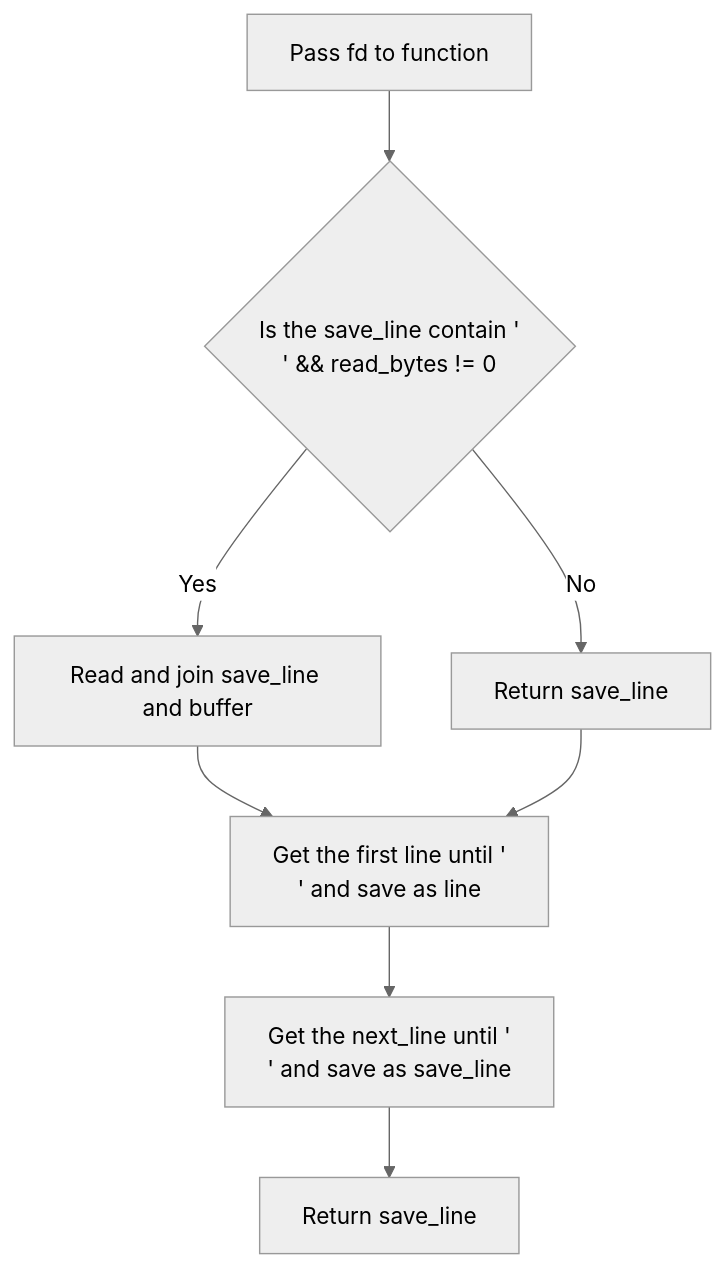
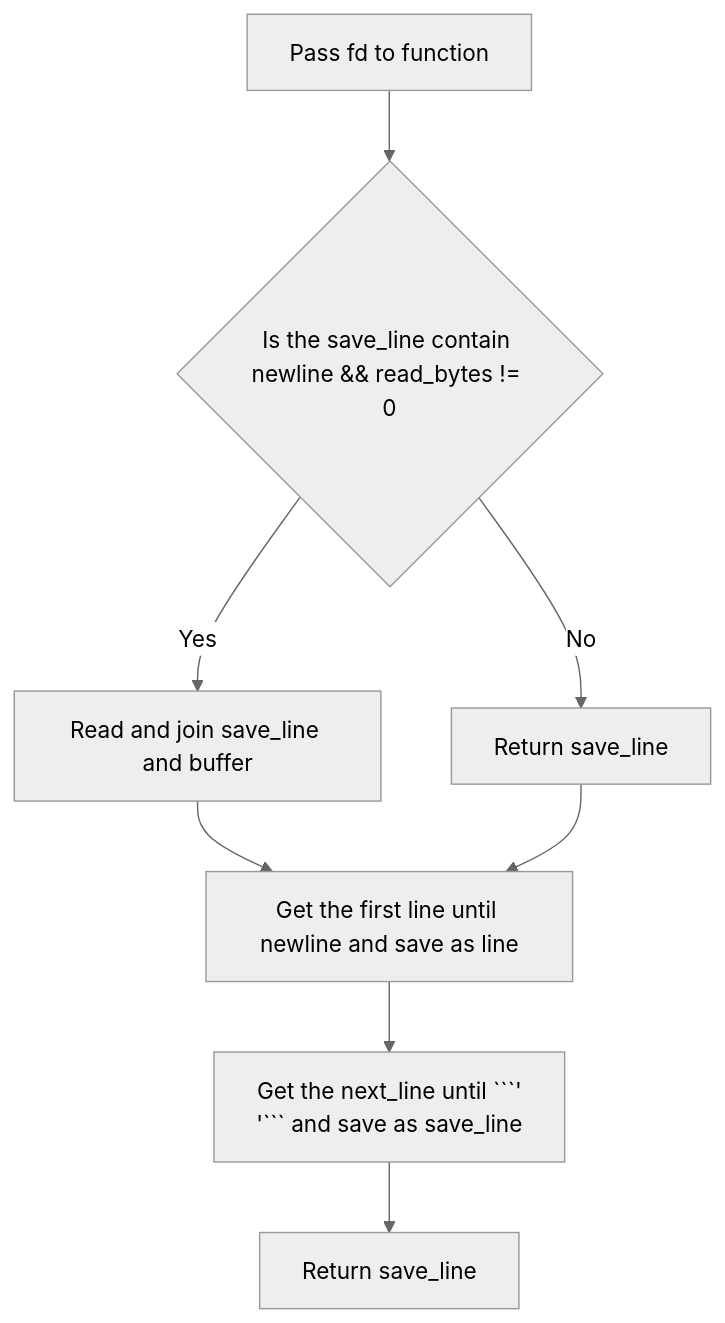
One commit to shawnteh1711/get_next-line changed the diagram in README.md. Above: the diagram before and after it, drawn with Mermaid (neutral theme).

````diff
--- a/README.md
+++ b/README.md
@@ -11,10 +11,10 @@
 ```mermaid
 flowchart TD
-   A[Pass fd to function] --> B{Is the save_line contain '\n' && read_bytes != 0};
+   A[Pass fd to function] --> B{Is the save_line contain newline && read_bytes != 0};
    B -- Yes --> C[Read and join save_line and buffer];
    B -- No --> D[Return save_line];
-   C --> E[Get the first line until '\n' and save as line];
-   D --> E[Get the first line until '\n' and save as line];
-   E --> F[Get the next_line until '\n' and save as save_line];
+   C --> E[Get the first line until newline and save as line];
+   D --> E[Get the first line until newline and save as line];
+   E --> F[Get the next_line until ```'\n'``` and save as save_line];
    F --> G[Return save_line];
 ```
````
